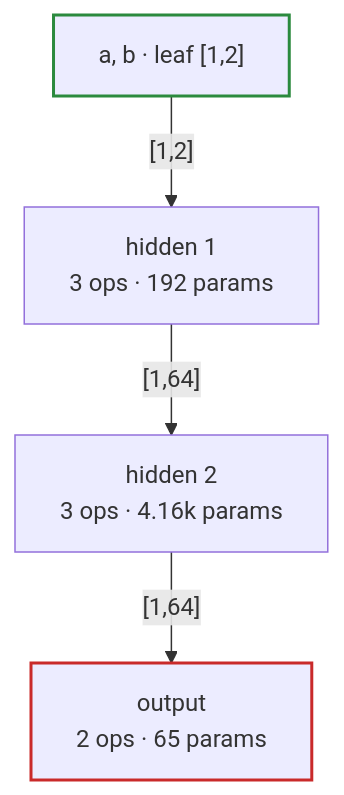
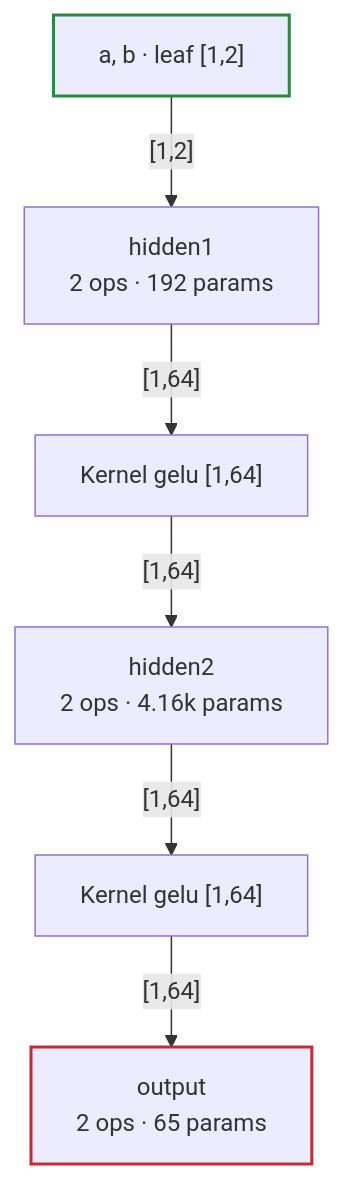
Before and after one commit to nogginly/tensomite.cr: the second of 2 diagrams in TUTORIAL.md, drawn with Mermaid. The commit also changed other lines of this file and 11 other files, not shown here.

````diff
--- a/TUTORIAL.md
+++ b/TUTORIAL.md
@@ -187,14 +180,18 @@
 ```mermaid
 flowchart TB
     b0["a, b · leaf [1,2]"]
-    b1["hidden 1<br/>3 ops · 192 params"]
-    b2["hidden 2<br/>3 ops · 4.16k params"]
-    b3["output<br/>2 ops · 65 params"]
+    b2["Kernel gelu [1,64]"]
+    b4["Kernel gelu [1,64]"]
+    b1["hidden1<br/>2 ops · 192 params"]
+    b3["hidden2<br/>2 ops · 4.16k params"]
+    b5["output<br/>2 ops · 65 params"]
     b0 -- "[1,2]" --> b1
     b1 -- "[1,64]" --> b2
     b2 -- "[1,64]" --> b3
+    b3 -- "[1,64]" --> b4
+    b4 -- "[1,64]" --> b5
     classDef leaf stroke:#2b8a3e,stroke-width:2px
     class b0 leaf
     classDef root stroke:#c92a2a,stroke-width:2px
-    class b3 root
+    class b5 root
 ```
````
